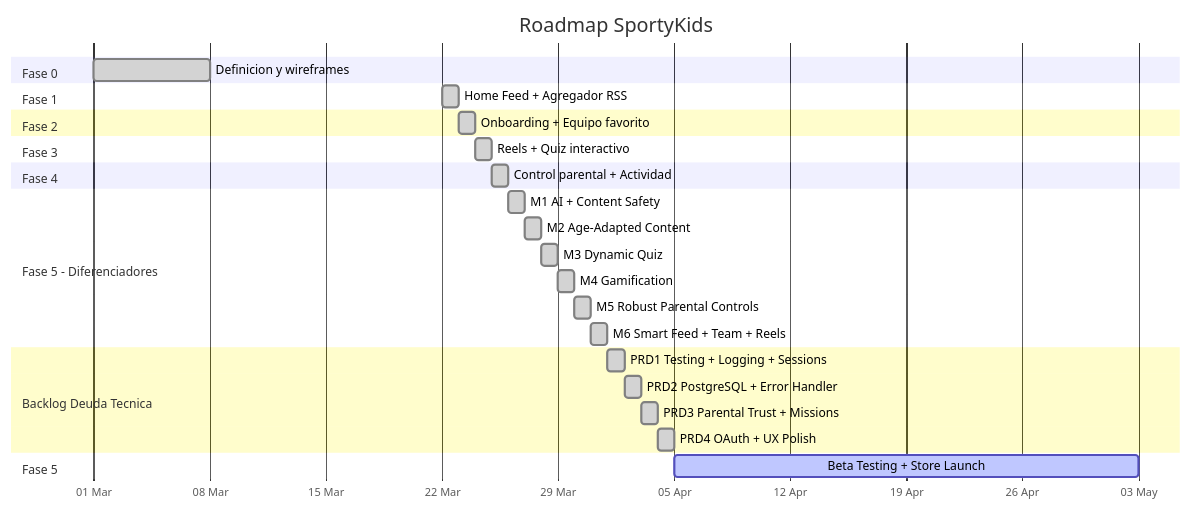
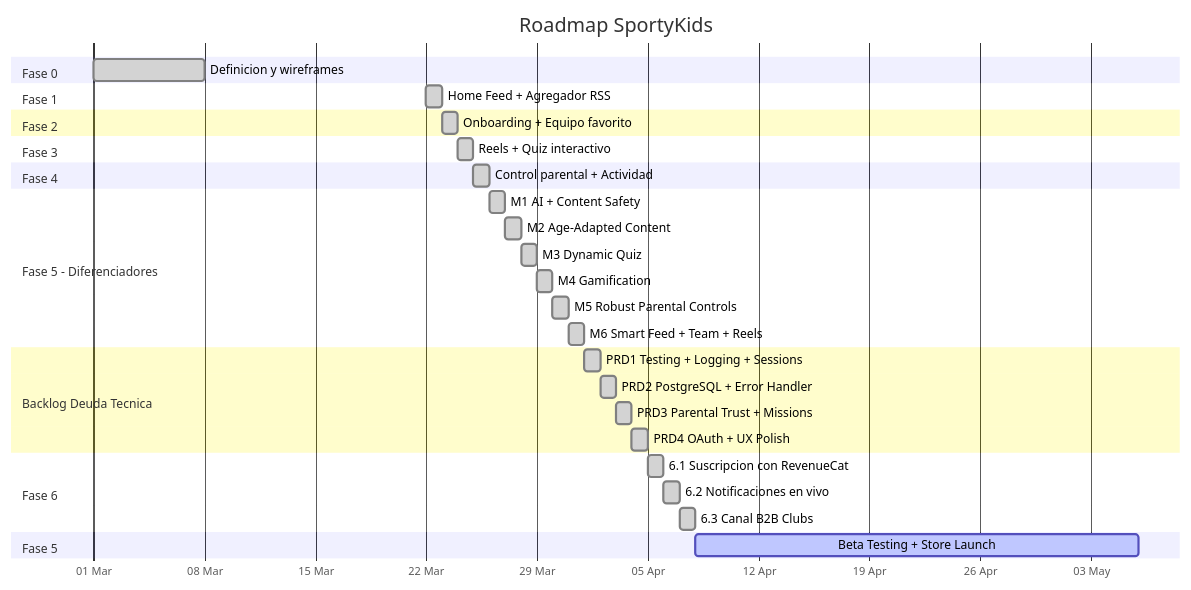
Before and after one commit to durdy48/SportyKids: the diagram in docs/es/10-roadmap-y-decisiones.md, drawn with Mermaid. The commit also changed 86 other files, not shown here.

````diff
--- a/docs/es/10-roadmap-y-decisiones.md
+++ b/docs/es/10-roadmap-y-decisiones.md
@@ -5,38 +5,43 @@
 ```mermaid
 gantt
     title Roadmap SportyKids
     dateFormat YYYY-MM-DD
     axisFormat %d %b
 
     section Fase 0
     Definicion y wireframes       :done, f0, 2026-03-01, 7d
 
     section Fase 1
     Home Feed + Agregador RSS     :done, f1, 2026-03-22, 1d
 
     section Fase 2
     Onboarding + Equipo favorito  :done, f2, after f1, 1d
 
     section Fase 3
     Reels + Quiz interactivo      :done, f3, after f2, 1d
 
     section Fase 4
     Control parental + Actividad  :done, f4, after f3, 1d
 
     section Fase 5 - Diferenciadores
     M1 AI + Content Safety        :done, m1, after f4, 1d
     M2 Age-Adapted Content        :done, m2, after m1, 1d
     M3 Dynamic Quiz               :done, m3, after m2, 1d
     M4 Gamification               :done, m4, after m3, 1d
     M5 Robust Parental Controls   :done, m5, after m4, 1d
     M6 Smart Feed + Team + Reels  :done, m6, after m5, 1d
 
     section Backlog Deuda Tecnica
     PRD1 Testing + Logging + Sessions :done, td1, after m6, 1d
     PRD2 PostgreSQL + Error Handler   :done, td2, after td1, 1d
     PRD3 Parental Trust + Missions    :done, td3, after td2, 1d
     PRD4 OAuth + UX Polish            :done, td4, after td3, 1d
 
+    section Fase 6
+    6.1 Suscripcion con RevenueCat :done, p61, after td4, 1d
+    6.2 Notificaciones en vivo    :done, p62, after p61, 1d
+    6.3 Canal B2B Clubs           :done, p63, after p62, 1d
+
     section Fase 5
-    Beta Testing + Store Launch   :active, f5, after td4, 28d
+    Beta Testing + Store Launch   :active, f5, after p63, 28d
 ```
````
